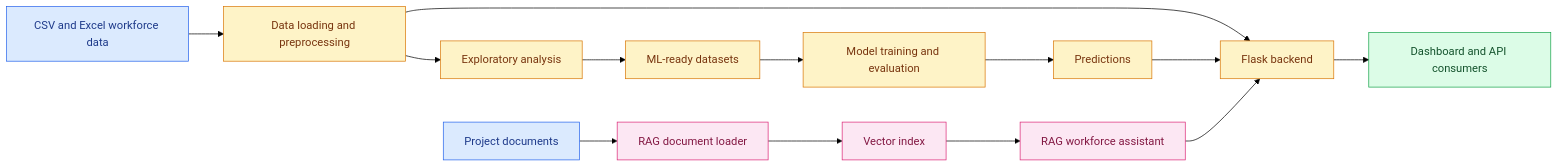
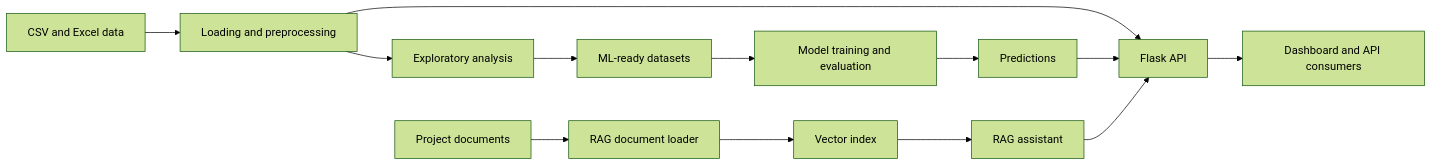
One commit to sanjay-22-bhargav/Creation-of-Workforce-Insights-Dashboard-for-Employee-Skill-and-Analytics changed the diagram in README.md. Above: the diagram before and after it, drawn with Mermaid (forest theme). The commit also changed other lines of this file, not shown here.

````diff
--- a/README.md
+++ b/README.md
@@ -58,25 +63,15 @@
 ```mermaid
 flowchart LR
-    A[CSV and Excel workforce data] --> B[Data loading and preprocessing]
+    A[CSV and Excel data] --> B[Loading and preprocessing]
     B --> C[Exploratory analysis]
     C --> D[ML-ready datasets]
     D --> E[Model training and evaluation]
     E --> F[Predictions]
-    B --> G[Flask backend]
+    B --> G[Flask API]
     F --> G
     G --> H[Dashboard and API consumers]
     I[Project documents] --> J[RAG document loader]
     J --> K[Vector index]
-    K --> L[RAG workforce assistant]
+    K --> L[RAG assistant]
     L --> G
-
-    classDef source fill:#dbeafe,stroke:#2563eb,color:#1e3a8a;
-    classDef process fill:#fef3c7,stroke:#d97706,color:#78350f;
-    classDef output fill:#dcfce7,stroke:#16a34a,color:#14532d;
-    classDef ai fill:#fce7f3,stroke:#db2777,color:#831843;
-
-    class A,I source;
-    class B,C,D,E,F,G process;
-    class H output;
-    class J,K,L ai;
 ```
````
